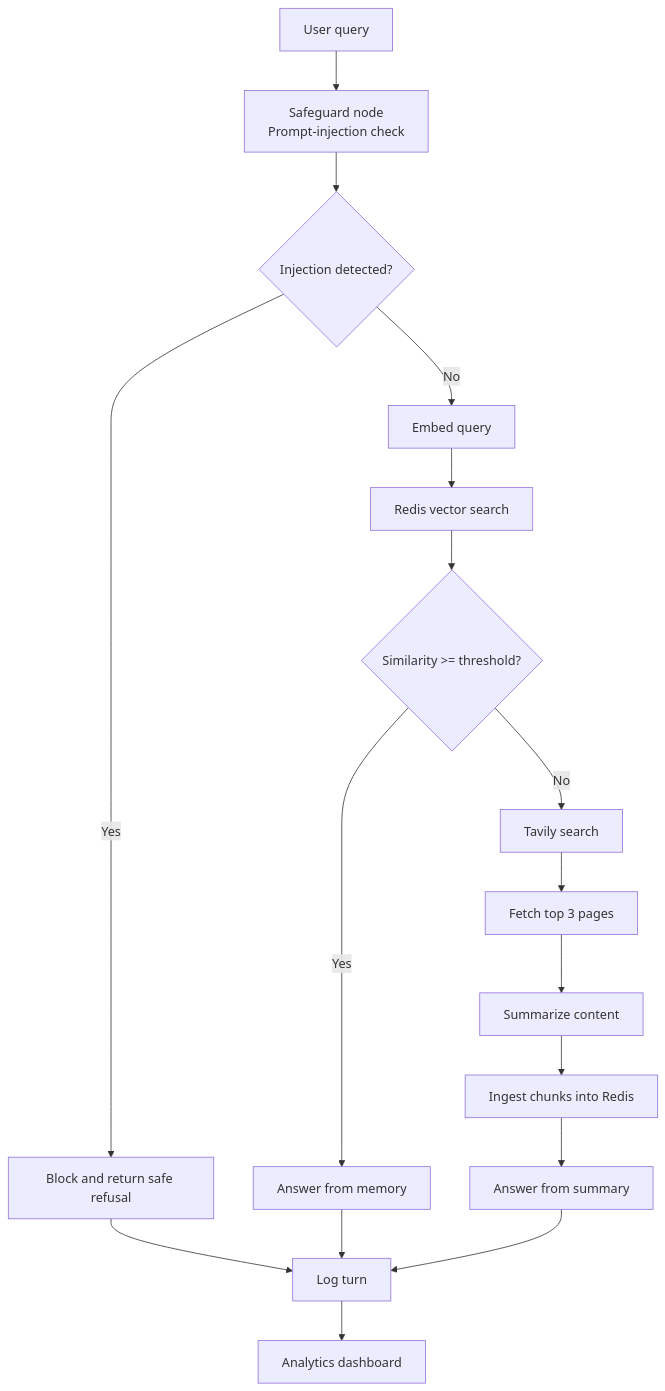
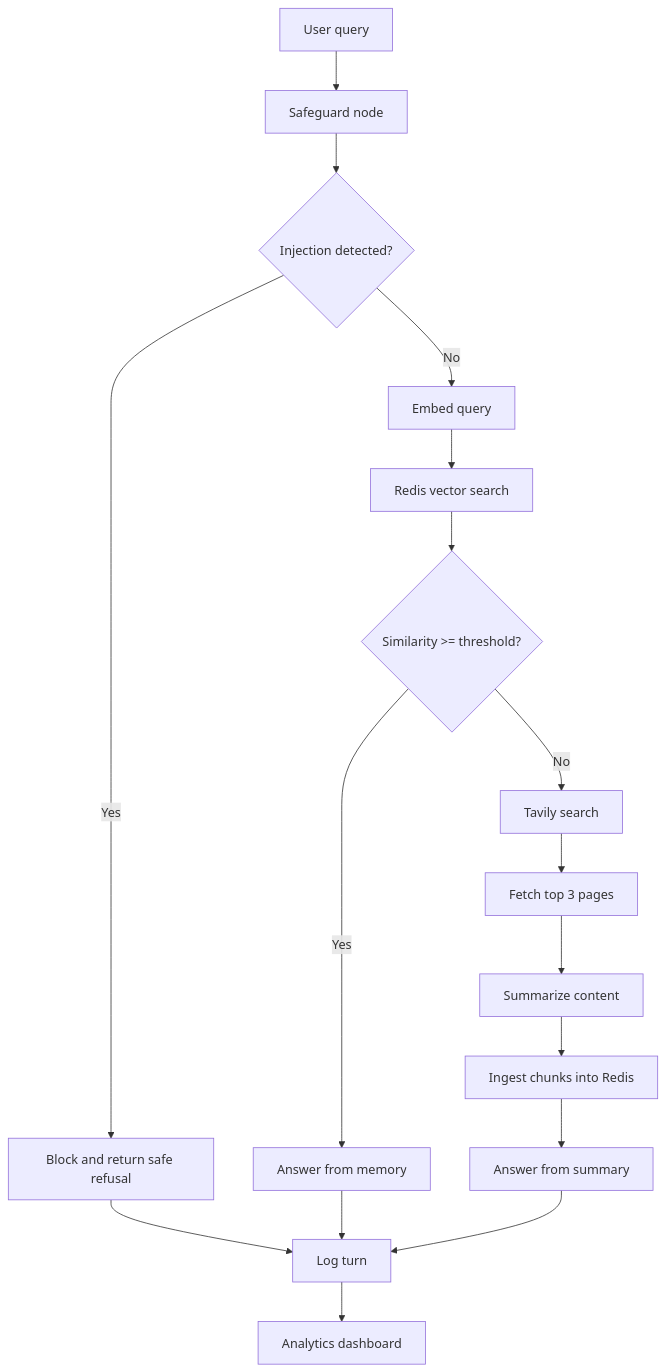
One commit to kiril-vassilev/memory-first-agent changed the diagram in README.md. Above: the diagram before and after it, drawn with Mermaid. The commit also changed 2 other files, not shown here.

Commit message:
Update the Safeguard to use LLM

````diff
--- a/README.md
+++ b/README.md
@@ -20,19 +20,19 @@
 ```mermaid
 flowchart TD
-   Q[User query] --> G[Safeguard node\nPrompt-injection check]
+   Q[User query] --> G[Safeguard node]
    G --> B{Injection detected?}
    B -->|Yes| X[Block and return safe refusal]
    B -->|No| E[Embed query]
    E --> M[Redis vector search]
    M --> T{Similarity >= threshold?}
    T -->|Yes| H[Answer from memory]
    T -->|No| S[Tavily search]
    S --> F[Fetch top 3 pages]
    F --> Z[Summarize content]
    Z --> I[Ingest chunks into Redis]
    I --> A[Answer from summary]
    X --> L[Log turn]
    H --> L[Log turn]
    A --> L
    L --> D[Analytics dashboard]
 ```
````
